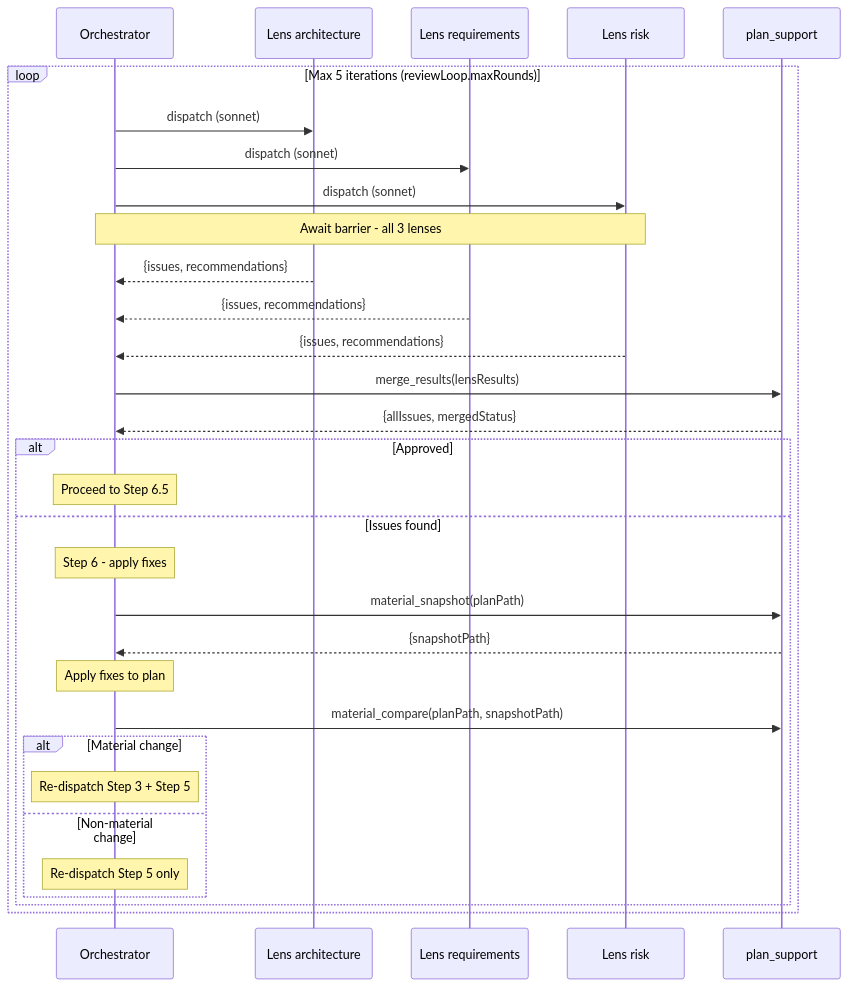
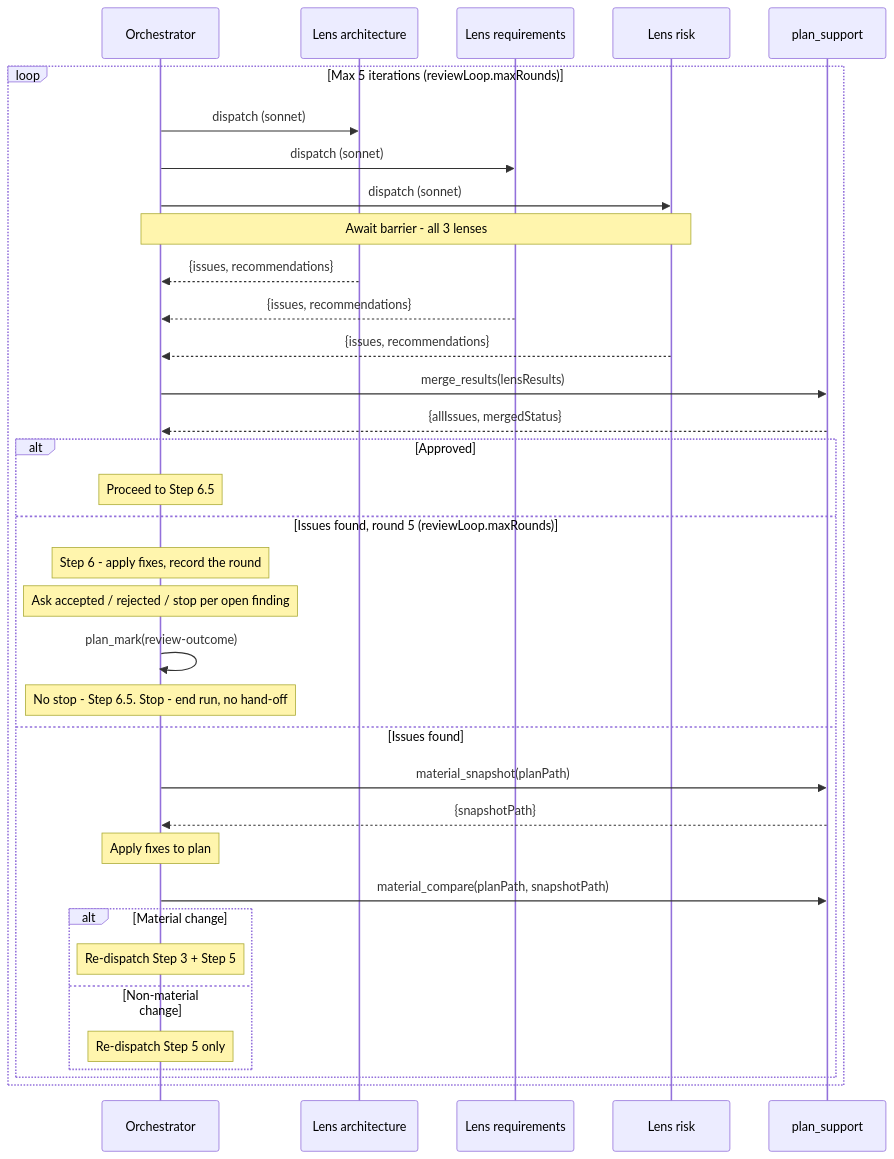
One commit to rnagrodzki/sdlc-plugin changed the third of 4 diagrams in docs/plan-architecture.md. Above: the diagram before and after it, drawn with Mermaid. The commit also changed other lines of this file and 131 other files, not shown here.

````diff
--- a/docs/plan-architecture.md
+++ b/docs/plan-architecture.md
@@ -524,37 +536,41 @@
 ```mermaid
 sequenceDiagram
     participant O as Orchestrator
     participant A as Lens architecture
     participant R as Lens requirements
     participant K as Lens risk
     participant PS as plan_support
 
     loop Max 5 iterations (reviewLoop.maxRounds)
         O->>A: dispatch (sonnet)
         O->>R: dispatch (sonnet)
         O->>K: dispatch (sonnet)
         Note over O,K: Await barrier - all 3 lenses
 
         A-->>O: {issues, recommendations}
         R-->>O: {issues, recommendations}
         K-->>O: {issues, recommendations}
 
         O->>PS: merge_results(lensResults)
         PS-->>O: {allIssues, mergedStatus}
 
         alt Approved
             Note over O: Proceed to Step 6.5
+        else Issues found, round 5 (reviewLoop.maxRounds)
+            Note over O: Step 6 - apply fixes, record the round
+            Note over O: Ask accepted / rejected / stop per open finding
+            O->>O: plan_mark(review-outcome)
+            Note over O: No stop - Step 6.5. Stop - end run, no hand-off
         else Issues found
-            Note over O: Step 6 - apply fixes
             O->>PS: material_snapshot(planPath)
             PS-->>O: {snapshotPath}
             Note over O: Apply fixes to plan
             O->>PS: material_compare(planPath, snapshotPath)
             alt Material change
                 Note over O: Re-dispatch Step 3 + Step 5
             else Non-material change
                 Note over O: Re-dispatch Step 5 only
             end
         end
     end
 ```
````
